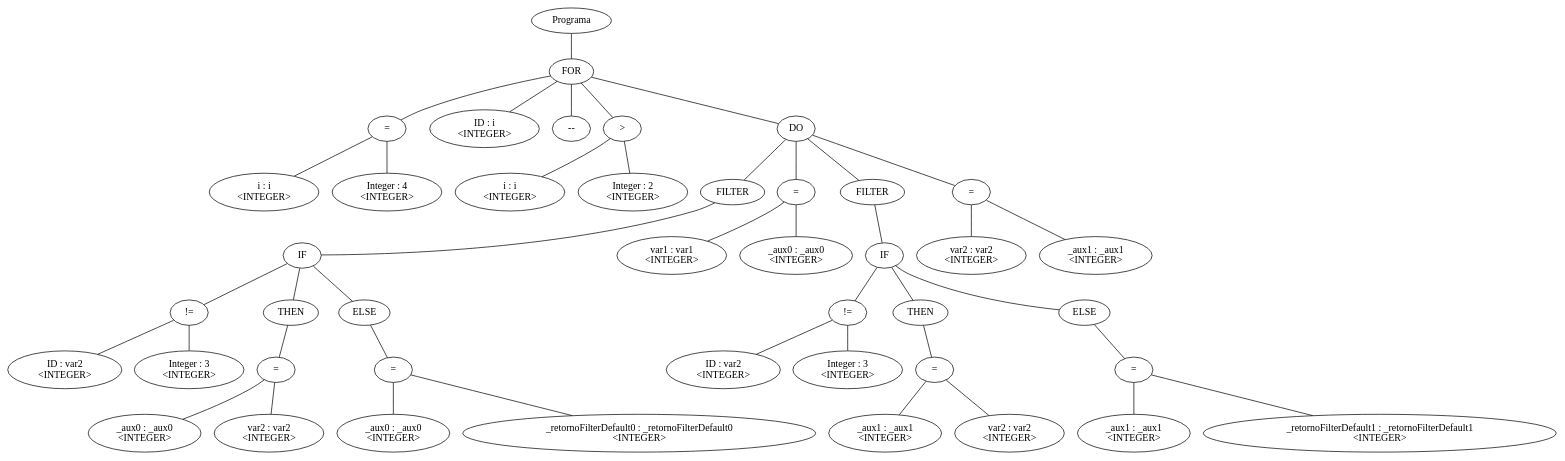
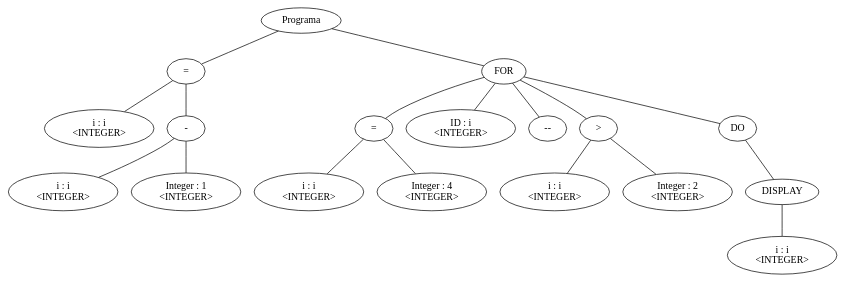
Before and after one commit to leandroprios/compilador: the diagram in arbol.dot, drawn with Graphviz. The commit also changed 15 other files, not shown here.

```diff
--- a/arbol.dot
+++ b/arbol.dot
@@ -1,88 +1,36 @@
-graph G {nodo_2064875143[label="Programa"]
-nodo_2000241404[label="FOR"]
-nodo_2064875143--nodo_2000241404
-nodo_184018458[label="="]
-nodo_2000241404--nodo_184018458
-nodo_354452140[label="i : i\n<INTEGER>"]
-nodo_184018458--nodo_354452140
-nodo_1965502921[label="Integer : 4\n<INTEGER>"]
-nodo_184018458--nodo_1965502921
-nodo_2000241404--nodo_2101758745
-nodo_2101758745[label="ID : i\n<INTEGER>"]
-nodo_2000241404--nodo_1211413299
-nodo_1211413299[label="--"]
-nodo_1826784255[label=">"]
-nodo_2000241404--nodo_1826784255
-nodo_537353939[label="i : i\n<INTEGER>"]
-nodo_1826784255--nodo_537353939
-nodo_1296555211[label="Integer : 2\n<INTEGER>"]
-nodo_1826784255--nodo_1296555211
-nodo_2000241404--nodo_13712216
-nodo_13712216[label="DO"]
-nodo_43407609[label="FILTER"]
-nodo_13712216--nodo_43407609
-nodo_2048122415[label="IF"]
-nodo_43407609--nodo_2048122415
-nodo_1626924664[label="!="]
-nodo_2048122415--nodo_1626924664
-nodo_329961256[label="ID : var2 
- <INTEGER>"]
-nodo_1626924664--nodo_329961256
-nodo_592124980[label="Integer : 3\n<INTEGER>"]
-nodo_1626924664--nodo_592124980
-nodo_1196252372[label="="]
-nodo_67213557--nodo_1196252372
-nodo_1612818787[label="_aux0 : _aux0\n<INTEGER>"]
-nodo_1196252372--nodo_1612818787
-nodo_624425408[label="var2 : var2\n<INTEGER>"]
-nodo_1196252372--nodo_624425408
-nodo_2048122415--nodo_67213557
-nodo_67213557[label="THEN"]
-nodo_2048122415--nodo_573902625
-nodo_573902625[label="ELSE"]
-nodo_1592196078[label="="]
-nodo_573902625--nodo_1592196078
-nodo_1944106778[label="_aux0 : _aux0\n<INTEGER>"]
-nodo_1592196078--nodo_1944106778
-nodo_518480564[label="_retornoFilterDefault0 : _retornoFilterDefault0\n<INTEGER>"]
-nodo_1592196078--nodo_518480564
-nodo_67395921[label="="]
-nodo_13712216--nodo_67395921
-nodo_1842664372[label="var1 : var1\n<INTEGER>"]
-nodo_67395921--nodo_1842664372
-nodo_469430643[label="_aux0 : _aux0\n<INTEGER>"]
-nodo_67395921--nodo_469430643
-nodo_1043190394[label="FILTER"]
-nodo_13712216--nodo_1043190394
-nodo_419701255[label="IF"]
-nodo_1043190394--nodo_419701255
-nodo_1376127968[label="!="]
-nodo_419701255--nodo_1376127968
-nodo_507185594[label="ID : var2 
- <INTEGER>"]
-nodo_1376127968--nodo_507185594
-nodo_1314235909[label="Integer : 3\n<INTEGER>"]
-nodo_1376127968--nodo_1314235909
-nodo_1996071378[label="="]
-nodo_138379660--nodo_1996071378
-nodo_339930598[label="_aux1 : _aux1\n<INTEGER>"]
-nodo_1996071378--nodo_339930598
-nodo_1383219213[label="var2 : var2\n<INTEGER>"]
-nodo_1996071378--nodo_1383219213
-nodo_419701255--nodo_138379660
-nodo_138379660[label="THEN"]
-nodo_419701255--nodo_139719995
-nodo_139719995[label="ELSE"]
-nodo_838115784[label="="]
-nodo_139719995--nodo_838115784
-nodo_171471125[label="_aux1 : _aux1\n<INTEGER>"]
-nodo_838115784--nodo_171471125
-nodo_152473705[label="_retornoFilterDefault1 : _retornoFilterDefault1\n<INTEGER>"]
-nodo_838115784--nodo_152473705
-nodo_1235540846[label="="]
-nodo_13712216--nodo_1235540846
-nodo_1565182323[label="var2 : var2\n<INTEGER>"]
-nodo_1235540846--nodo_1565182323
-nodo_347319062[label="_aux1 : _aux1\n<INTEGER>"]
-nodo_1235540846--nodo_347319062
+graph G {nodo_940026953[label="Programa"]
+nodo_906693870[label="="]
+nodo_940026953--nodo_906693870
+nodo_1114086201[label="i : i\n<INTEGER>"]
+nodo_906693870--nodo_1114086201
+nodo_305454490[label="-"]
+nodo_906693870--nodo_305454490
+nodo_399793777[label="i : i\n<INTEGER>"]
+nodo_305454490--nodo_399793777
+nodo_2035702809[label="Integer : 1\n<INTEGER>"]
+nodo_305454490--nodo_2035702809
+nodo_118931033[label="FOR"]
+nodo_940026953--nodo_118931033
+nodo_863664940[label="="]
+nodo_118931033--nodo_863664940
+nodo_107515108[label="i : i\n<INTEGER>"]
+nodo_863664940--nodo_107515108
+nodo_1293266596[label="Integer : 4\n<INTEGER>"]
+nodo_863664940--nodo_1293266596
+nodo_118931033--nodo_528515814
+nodo_528515814[label="ID : i\n<INTEGER>"]
+nodo_118931033--nodo_2143495465
+nodo_2143495465[label="--"]
+nodo_1573724766[label=">"]
+nodo_118931033--nodo_1573724766
+nodo_1036896205[label="i : i\n<INTEGER>"]
+nodo_1573724766--nodo_1036896205
+nodo_1539393328[label="Integer : 2\n<INTEGER>"]
+nodo_1573724766--nodo_1539393328
+nodo_118931033--nodo_580975179
+nodo_580975179[label="DO"]
+nodo_1078819100[label="DISPLAY"]
+nodo_580975179--nodo_1078819100
+nodo_1957063833[label="i : i\n<INTEGER>"]
+nodo_1078819100--nodo_1957063833
 }
```
